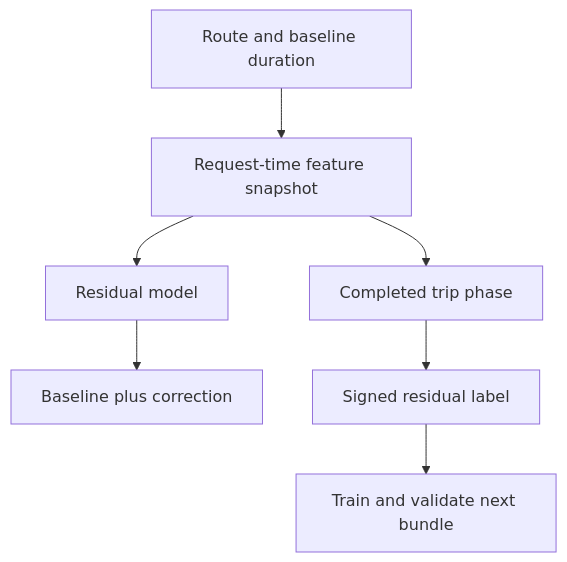
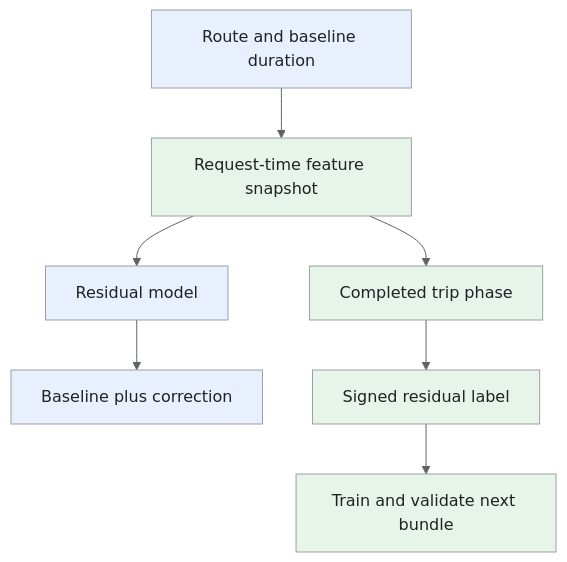
Before and after one commit to iliazlobin/iliazlobin.github.io: the third of 4 diagrams in _designs/ml-system-design-eta-arrival-time-prediction.md, drawn with Mermaid. The commit also changed other lines of this file and 25 other files, not shown here.

Commit message:
docs: explain Batch B design flows and tradeoffs

````diff
--- a/_designs/ml-system-design-eta-arrival-time-prediction.md
+++ b/_designs/ml-system-design-eta-arrival-time-prediction.md
@@ -219,9 +268,16 @@
 ```mermaid
+%%{init: {'theme':'base','themeVariables':{'primaryColor':'#e8f0fe','primaryTextColor':'#202124','primaryBorderColor':'#9aa0a6','lineColor':'#5f6368','secondaryColor':'#e6f4ea','tertiaryColor':'#fef7e0','actorBkg':'#e8f0fe','actorBorder':'#9aa0a6','actorTextColor':'#202124','noteBkgColor':'#fef7e0','noteTextColor':'#202124','noteBorderColor':'#9aa0a6','signalColor':'#5f6368','signalTextColor':'#202124','labelBoxBkgColor':'#fef7e0','labelBoxBorderColor':'#9aa0a6'}}}%%
 flowchart TB
     R["Route and baseline duration"] --> F["Request-time feature snapshot"]
     F --> M["Residual model"]
     M --> P["Baseline plus correction"]
     F --> T["Completed trip phase"]
     T --> L["Signed residual label"]
     L --> V["Train and validate next bundle"]
+classDef request fill:#e8f0fe,stroke:#9aa0a6,color:#202124;
+classDef data fill:#e6f4ea,stroke:#9aa0a6,color:#202124;
+classDef control fill:#fef7e0,stroke:#9aa0a6,color:#202124;
+class R,M,P request;
+class F,T,L,V data;
+
 ```
````
